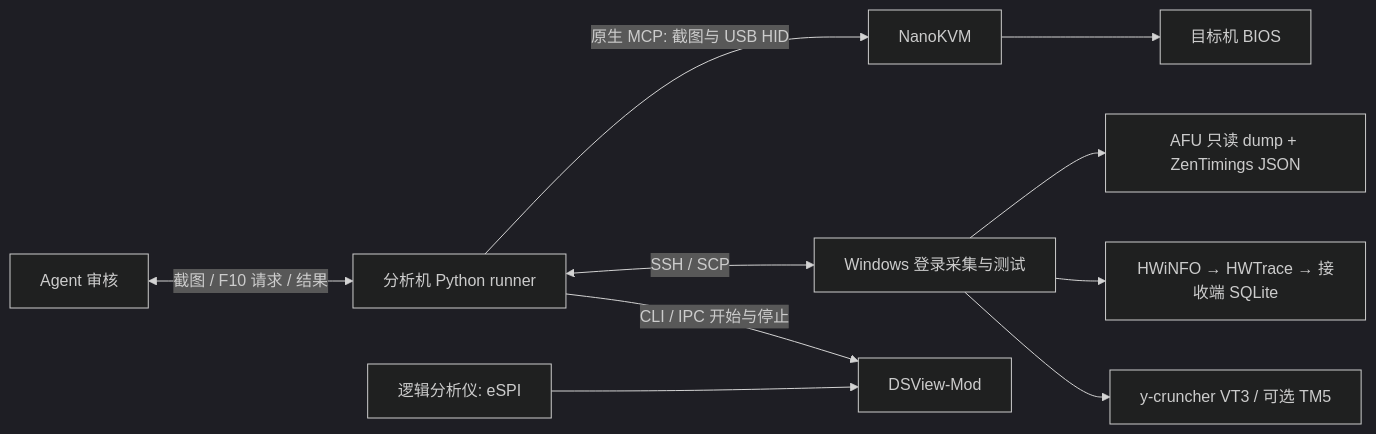
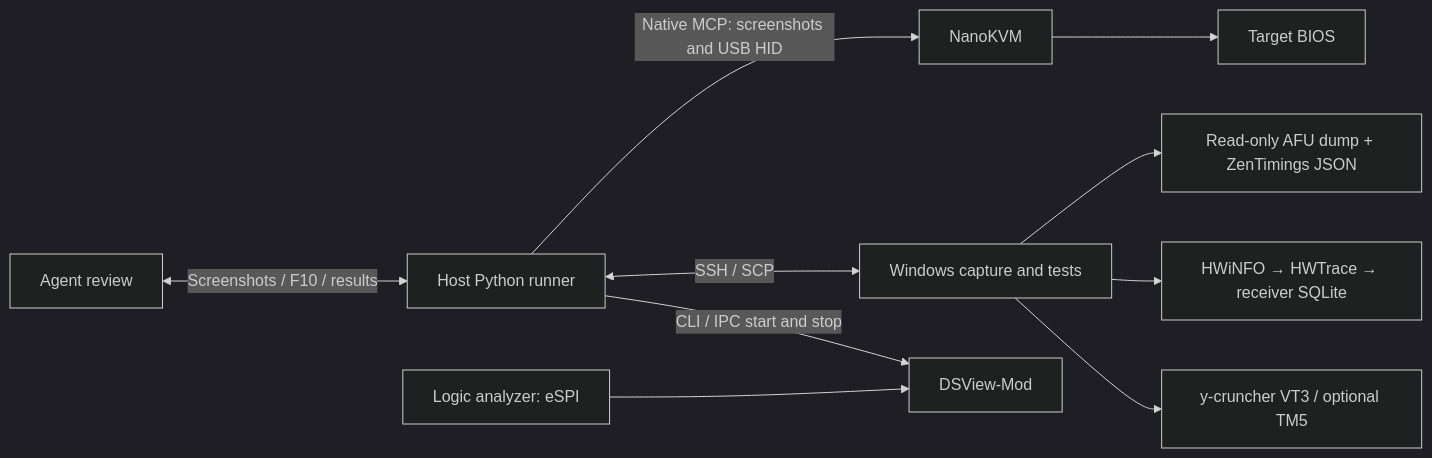
Before and after one commit to POEG1726/NanoKVM_Control: the diagram in README.md, drawn with Mermaid (dark theme). The commit also changed other lines of this file and 9 other files, not shown here.

Commit message:
Add bilingual READMEs, ZenTimings-Mod integration and queue session setup

````diff
--- a/README.md
+++ b/README.md
@@ -9,12 +18,12 @@
 ```mermaid
 flowchart LR
-    A[Agent 审核] <-->|截图 / F10 请求 / 结果| H[分析机 Python runner]
-    H -->|原生 MCP: 截图与 USB HID| K[NanoKVM]
-    K --> B[目标机 BIOS]
-    H <-->|SSH / SCP| T[Windows 登录采集与测试]
-    T --> E[AFU 只读 dump + ZenTimings JSON]
-    T --> W[HWiNFO → HWTrace → 接收端 SQLite]
-    T --> Y[y-cruncher VT3 / 可选 TM5]
-    H -->|CLI / IPC 开始与停止| D[DSView-Mod]
-    L[逻辑分析仪: eSPI] --> D
+    A[Agent review] <-->|Screenshots / F10 / results| H[Host Python runner]
+    H -->|Native MCP: screenshots and USB HID| K[NanoKVM]
+    K --> B[Target BIOS]
+    H <-->|SSH / SCP| T[Windows capture and tests]
+    T --> E[Read-only AFU dump + ZenTimings JSON]
+    T --> W[HWiNFO → HWTrace → receiver SQLite]
+    T --> Y[y-cruncher VT3 / optional TM5]
+    H -->|CLI / IPC start and stop| D[DSView-Mod]
+    L[Logic analyzer: eSPI] --> D
 ```
````
